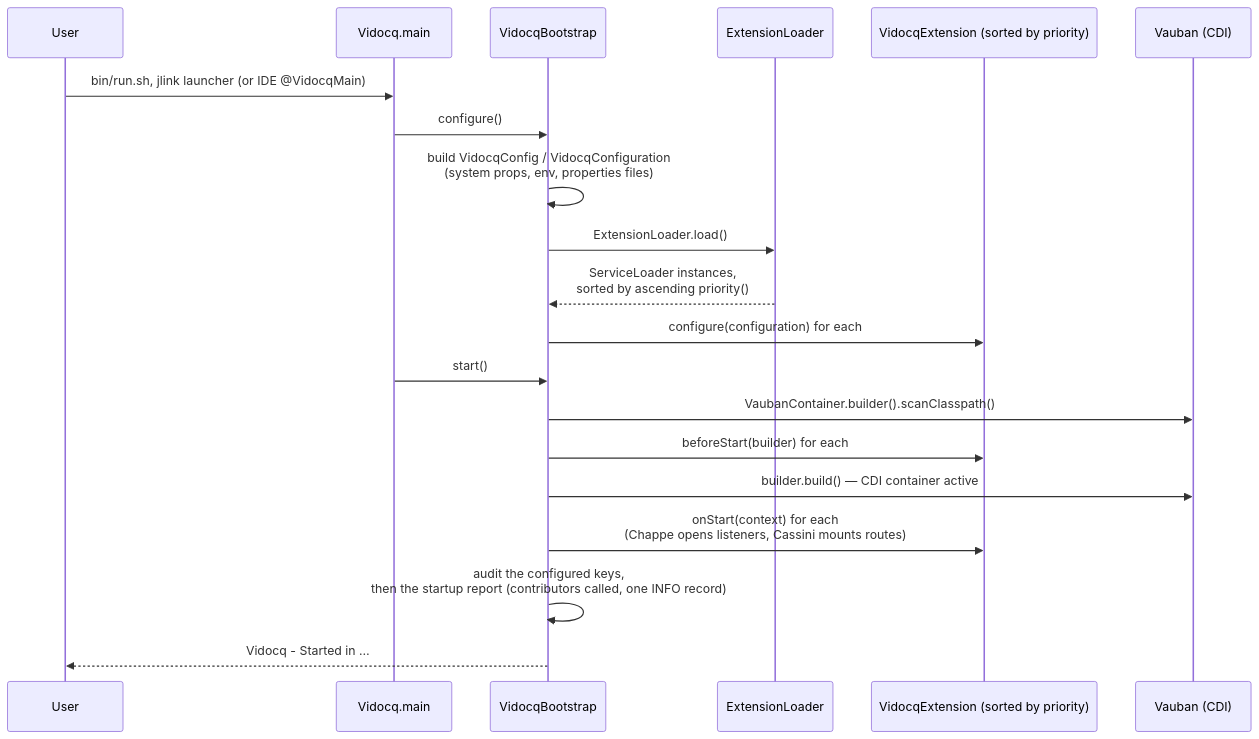
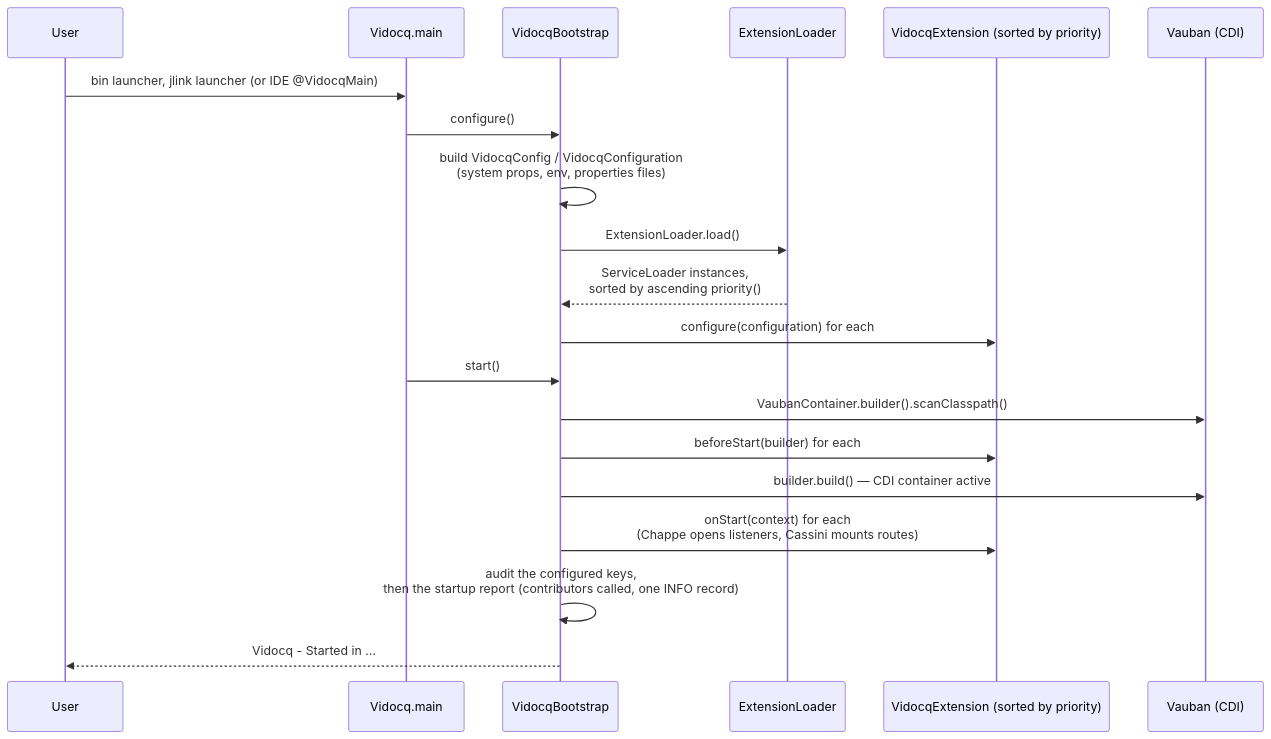
The third of 3 diagrams in docs/en/modules/ROOT/pages/internals.adoc (vidocq-stack/vidocq), drawn with Mermaid before and after one commit. The commit also changed other lines of this file and 8 other files, not shown here.

```diff
--- a/docs/en/modules/ROOT/pages/internals.adoc
+++ b/docs/en/modules/ROOT/pages/internals.adoc
@@ -169,24 +169,24 @@
 [mermaid]
 ....
 sequenceDiagram
     participant U as User
     participant V as Vidocq.main
     participant B as VidocqBootstrap
     participant L as ExtensionLoader
     participant EXT as VidocqExtension (sorted by priority)
     participant VAU as Vauban (CDI)
 
-    U->>V: bin/run.sh, jlink launcher (or IDE @VidocqMain)
+    U->>V: bin launcher, jlink launcher (or IDE @VidocqMain)
     V->>B: configure()
     B->>B: build VidocqConfig / VidocqConfiguration<br/>(system props, env, properties files)
     B->>L: ExtensionLoader.load()
     L-->>B: ServiceLoader instances,<br/>sorted by ascending priority()
     B->>EXT: configure(configuration) for each
     V->>B: start()
     B->>VAU: VaubanContainer.builder().scanClasspath()
     B->>EXT: beforeStart(builder) for each
     B->>VAU: builder.build() — CDI container active
     B->>EXT: onStart(context) for each<br/>(Chappe opens listeners, Cassini mounts routes)
     B->>B: audit the configured keys,<br/>then the startup report (contributors called, one INFO record)
     B-->>U: Vidocq - Started in …
 ....
```
